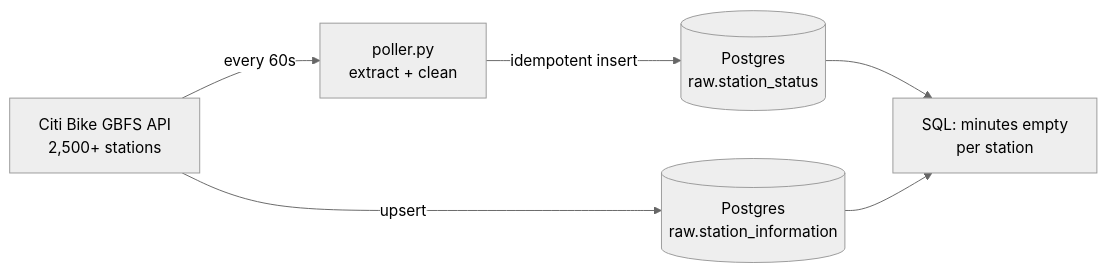
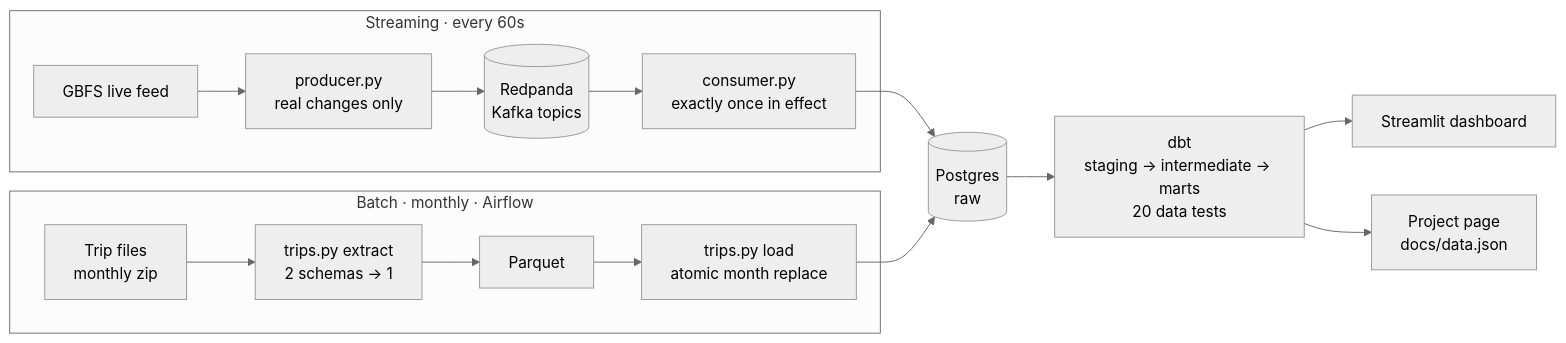
Before and after one commit to Eeshapandit/dockwatch: the diagram in README.md, drawn with Mermaid (neutral theme). The commit also changed other lines of this file and 52 other files, not shown here.

Commit message:
Steps 6-14: change detection, Redpanda streaming, trip batch lane, Airflow, dbt, dashboard, CI, flowing project page

````diff
--- a/README.md
+++ b/README.md
@@ -12,8 +9,18 @@
 ```mermaid
 flowchart LR
-    A[Citi Bike GBFS API<br/>2,500+ stations] -->|every 60s| B[poller.py<br/>extract + clean]
-    B -->|idempotent insert| C[(Postgres<br/>raw.station_status)]
-    A -->|upsert| D[(Postgres<br/>raw.station_information)]
-    C --> E[SQL: minutes empty<br/>per station]
-    D --> E
+    subgraph Streaming["Streaming · every 60s"]
+        A[GBFS live feed] --> B[producer.py<br/>real changes only]
+        B --> C[(Redpanda<br/>Kafka topics)]
+        C --> D[consumer.py<br/>exactly once in effect]
+    end
+    subgraph Batch["Batch · monthly · Airflow"]
+        E[Trip files<br/>monthly zip] --> F[trips.py extract<br/>2 schemas → 1]
+        F --> G[Parquet]
+        G --> H[trips.py load<br/>atomic month replace]
+    end
+    D --> P[(Postgres<br/>raw)]
+    H --> P
+    P --> T[dbt<br/>staging → intermediate → marts<br/>20 data tests]
+    T --> S[Streamlit dashboard]
+    T --> W[Project page<br/>docs/data.json]
 ```
````
